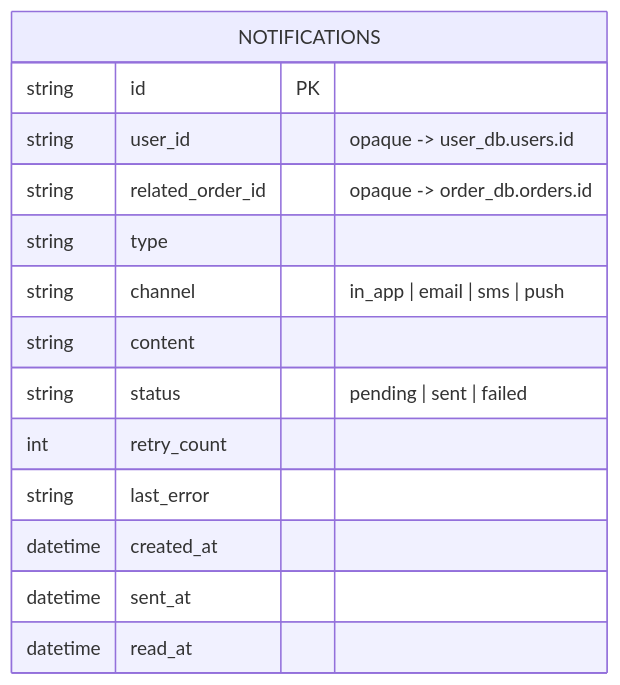
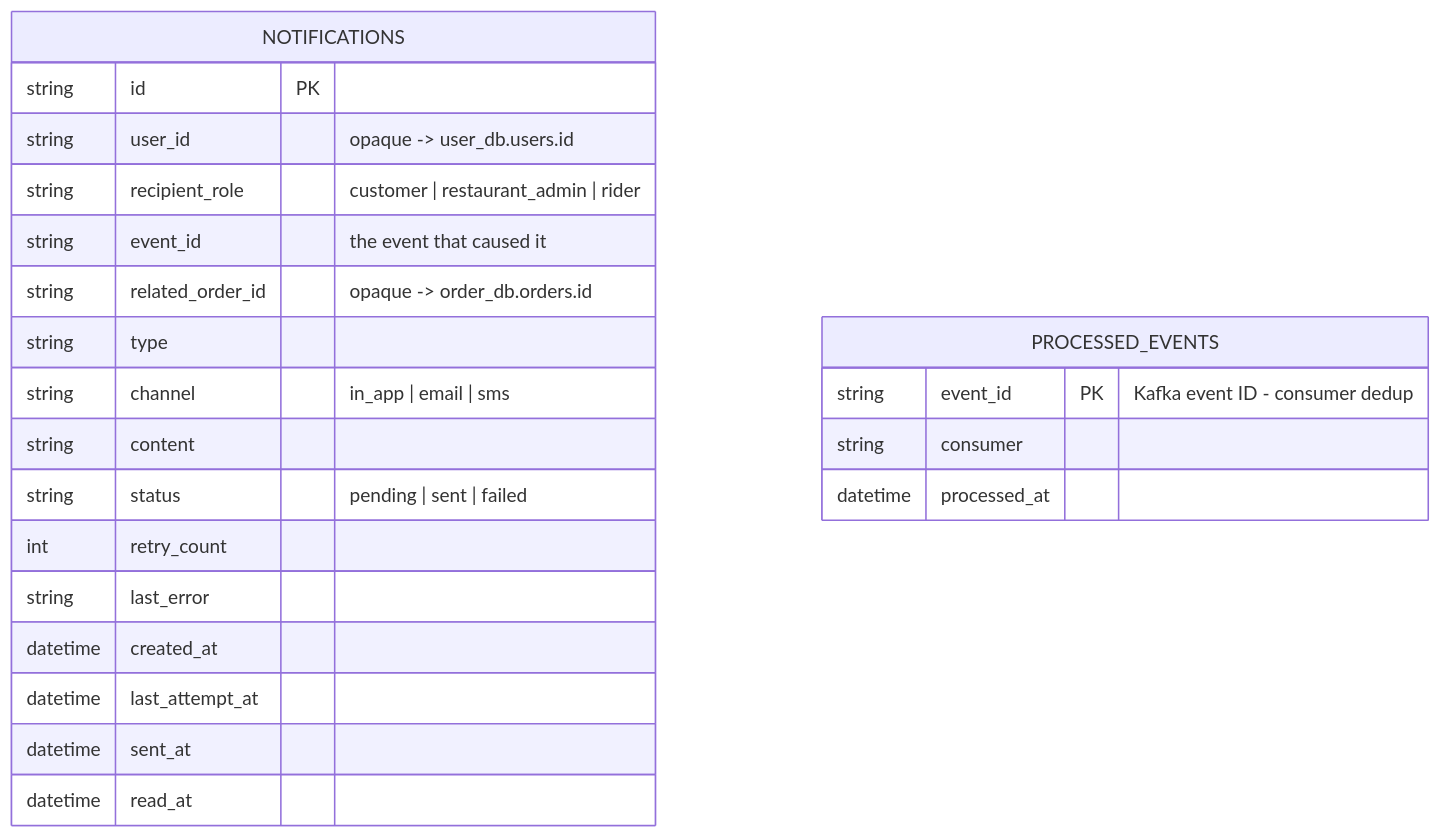
Before and after one commit to umer-emumba/smartfoodops-ms: diagram 25 of 27 in docs/diagrams.md, drawn with Mermaid. The commit also changed other lines of this file and 5 other files, not shown here.

````diff
--- a/docs/diagrams.md
+++ b/docs/diagrams.md
@@ -756,17 +864,25 @@
 ```mermaid
 erDiagram
     NOTIFICATIONS {
         string id PK
         string user_id "opaque -> user_db.users.id"
+        string recipient_role "customer | restaurant_admin | rider"
+        string event_id "the event that caused it"
         string related_order_id "opaque -> order_db.orders.id"
         string type
-        string channel "in_app | email | sms | push"
+        string channel "in_app | email | sms"
         string content
         string status "pending | sent | failed"
         int retry_count
         string last_error
         datetime created_at
+        datetime last_attempt_at
         datetime sent_at
         datetime read_at
     }
+    PROCESSED_EVENTS {
+        string event_id PK "Kafka event ID - consumer dedup"
+        string consumer
+        datetime processed_at
+    }
 ```
````
